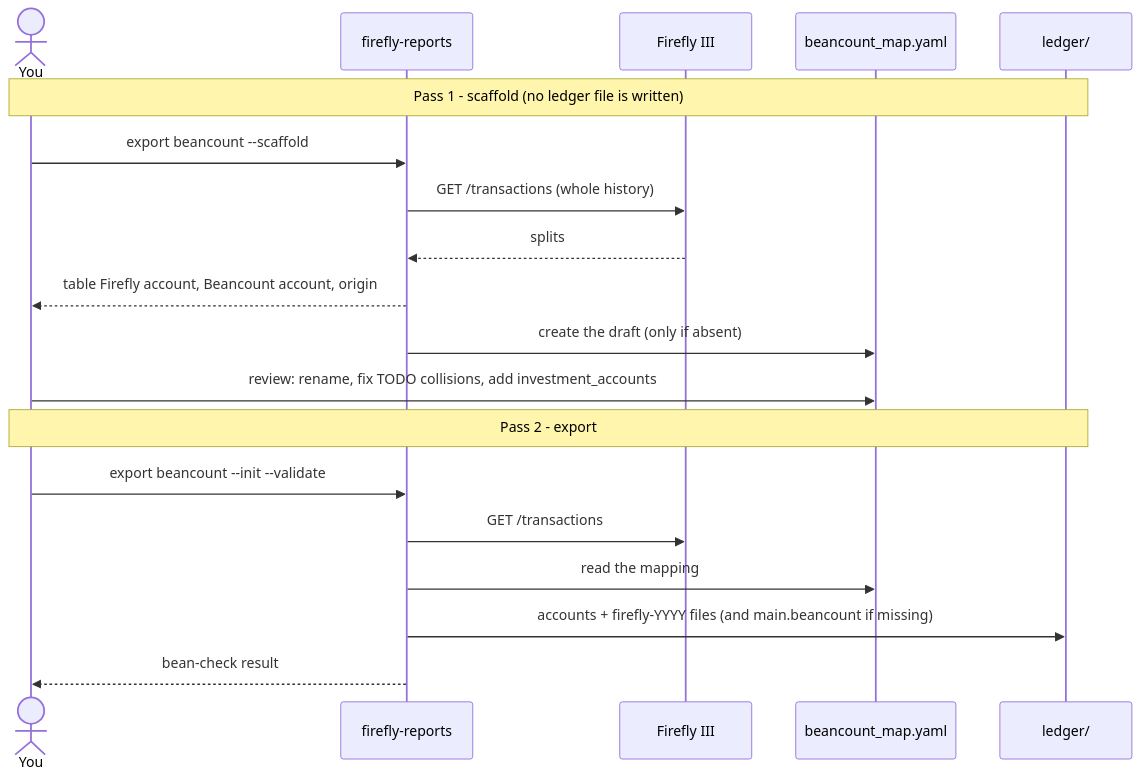
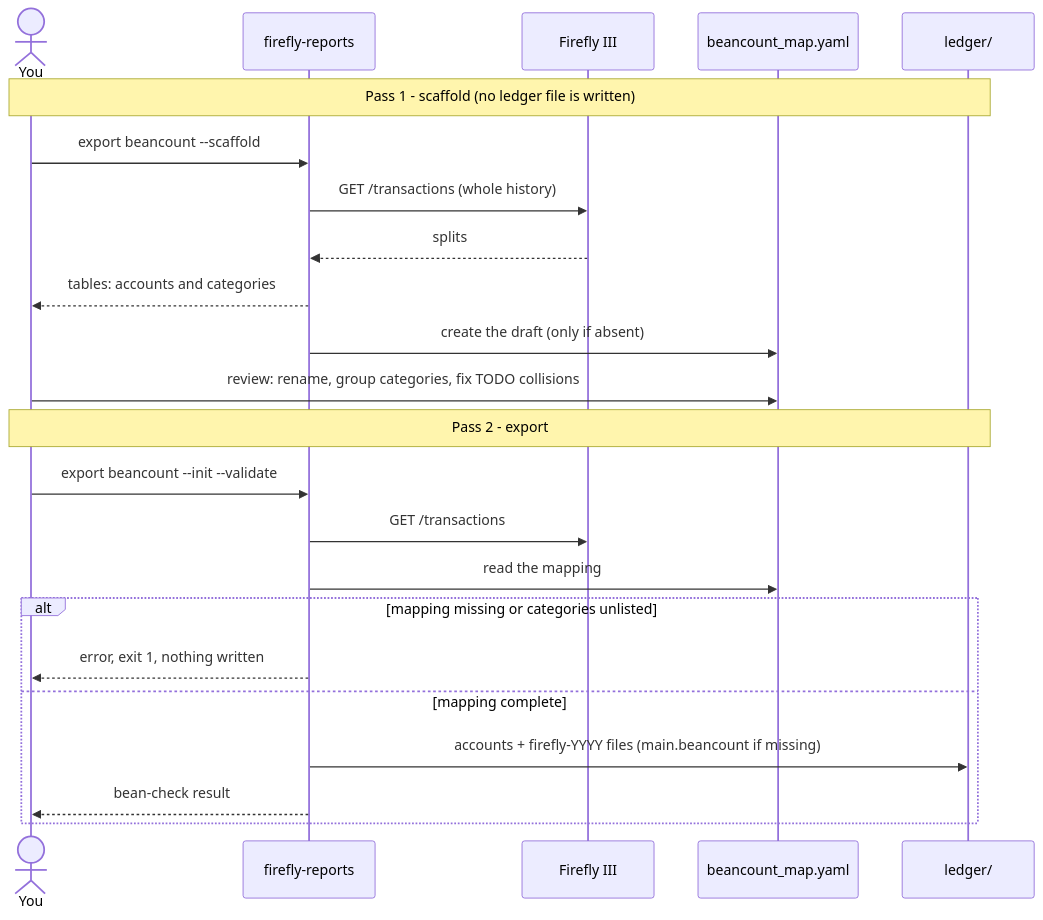
The second of 9 diagrams in docs/wiki/Beancount-Export.md (fran33git/firefly-reports), drawn with Mermaid before and after one commit. The commit also changed other lines of this file and 13 other files, not shown here.

````diff
--- a/docs/wiki/Beancount-Export.md
+++ b/docs/wiki/Beancount-Export.md
@@ -110,21 +145,25 @@
 ```mermaid
 sequenceDiagram
     actor U as You
     participant CLI as firefly-reports
     participant FF as Firefly III
     participant Y as beancount_map.yaml
     participant L as ledger/
     Note over U,L: Pass 1 - scaffold (no ledger file is written)
     U->>CLI: export beancount --scaffold
     CLI->>FF: GET /transactions (whole history)
     FF-->>CLI: splits
-    CLI-->>U: table Firefly account, Beancount account, origin
+    CLI-->>U: tables: accounts and categories
     CLI->>Y: create the draft (only if absent)
-    U->>Y: review: rename, fix TODO collisions, add investment_accounts
+    U->>Y: review: rename, group categories, fix TODO collisions
     Note over U,L: Pass 2 - export
     U->>CLI: export beancount --init --validate
     CLI->>FF: GET /transactions
     CLI->>Y: read the mapping
-    CLI->>L: accounts + firefly-YYYY files (and main.beancount if missing)
-    CLI-->>U: bean-check result
+    alt mapping missing or categories unlisted
+        CLI-->>U: error, exit 1, nothing written
+    else mapping complete
+        CLI->>L: accounts + firefly-YYYY files (main.beancount if missing)
+        CLI-->>U: bean-check result
+    end
 ```
````
